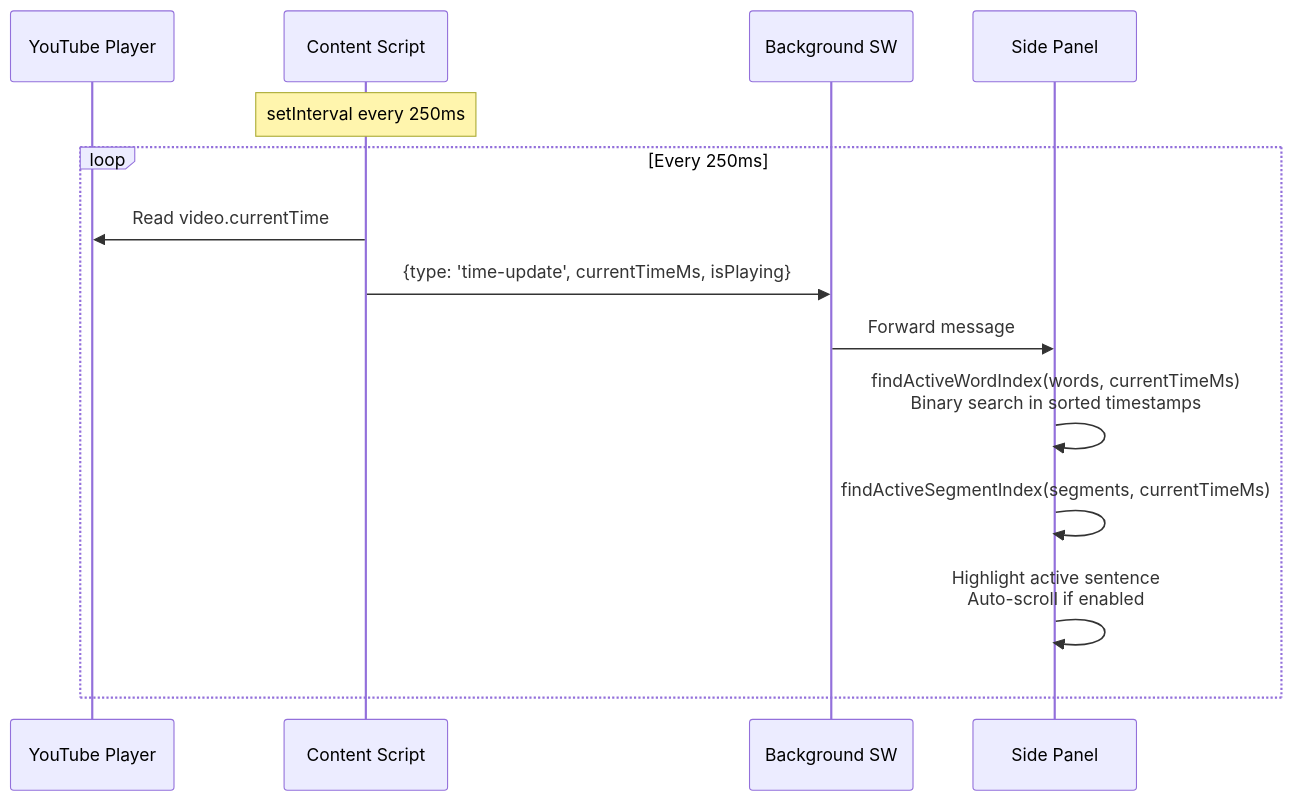
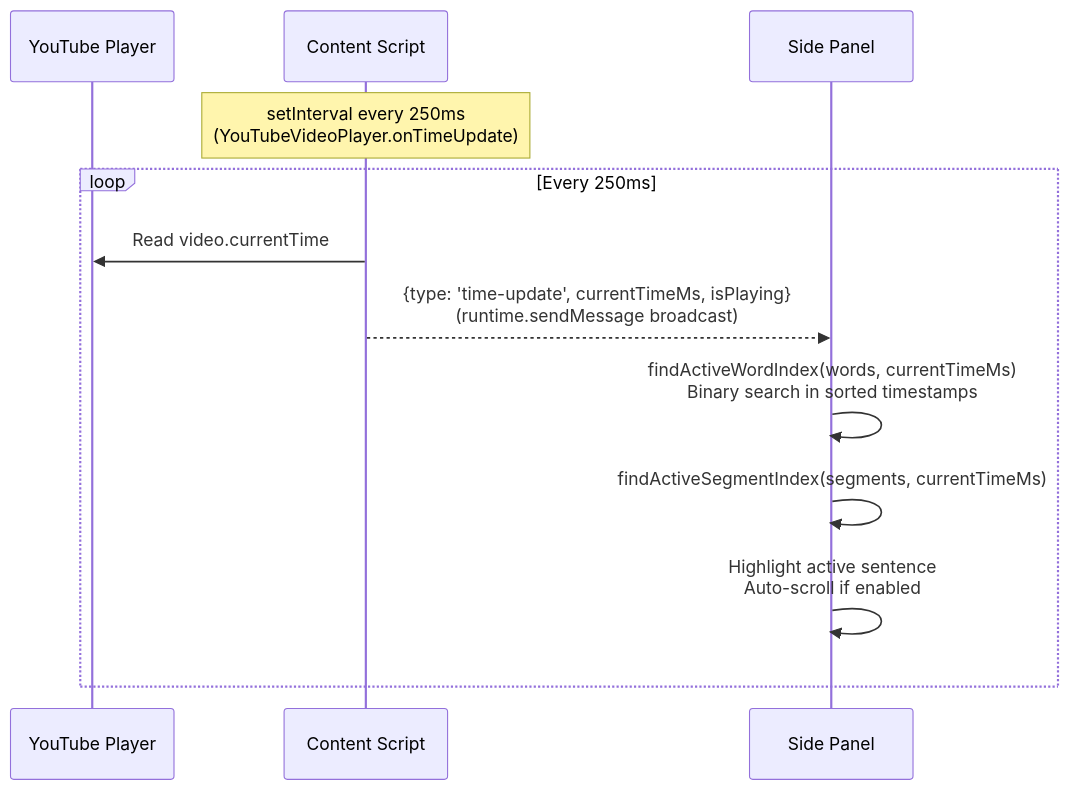
One commit to tednaleid/quoth changed the third of 7 diagrams in docs/spec/architecture.md. Above: the diagram before and after it, drawn with Mermaid. The commit also changed other lines of this file, not shown here.

First line of the commit message:
Rewrite architecture.md: direct messaging, Firefox, TabConnector

````diff
--- a/docs/spec/architecture.md
+++ b/docs/spec/architecture.md
@@ -88,18 +113,16 @@
 ```mermaid
 sequenceDiagram
     participant YT as YouTube Player
     participant CS as Content Script
-    participant BG as Background SW
     participant SP as Side Panel
 
-    Note over CS: setInterval every 250ms
+    Note over CS: setInterval every 250ms<br/>(YouTubeVideoPlayer.onTimeUpdate)
 
     loop Every 250ms
         CS->>YT: Read video.currentTime
-        CS->>BG: {type: 'time-update', currentTimeMs, isPlaying}
-        BG->>SP: Forward message
+        CS-->>SP: {type: 'time-update', currentTimeMs, isPlaying}<br/>(runtime.sendMessage broadcast)
         SP->>SP: findActiveWordIndex(words, currentTimeMs)<br/>Binary search in sorted timestamps
         SP->>SP: findActiveSegmentIndex(segments, currentTimeMs)
         SP->>SP: Highlight active sentence<br/>Auto-scroll if enabled
     end
 ```
````
